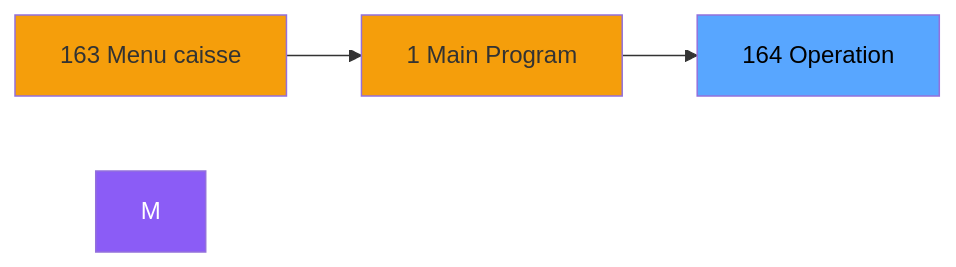
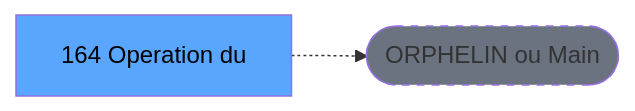
The second of 3 diagrams in .openspec/renders/ADH-IDE-164.md (thonyAGP/lecteur-magic), drawn with Mermaid before and after one commit. The commit also changed other lines of this file and 701 other files, not shown here.

````diff
--- a/.openspec/renders/ADH-IDE-164.md
+++ b/.openspec/renders/ADH-IDE-164.md
@@ -108,12 +117,8 @@
 ```mermaid
 graph LR
-    N163[163 Menu caisse ]
-    N1[1 Main Program]
-    T[164    Operation]
-    N163 --> N1
-    N1 --> T
-    style M fill:#8b5cf6,color:#fff
-    style N163 fill:#f59e0b
-    style N1 fill:#f59e0b
+    T[164    Operation du]
+    ORPHAN([ORPHELIN ou Main])
+    T -.-> ORPHAN
     style T fill:#58a6ff,color:#000
+    style ORPHAN fill:#6b7280,stroke-dasharray: 5 5
 ```
````
